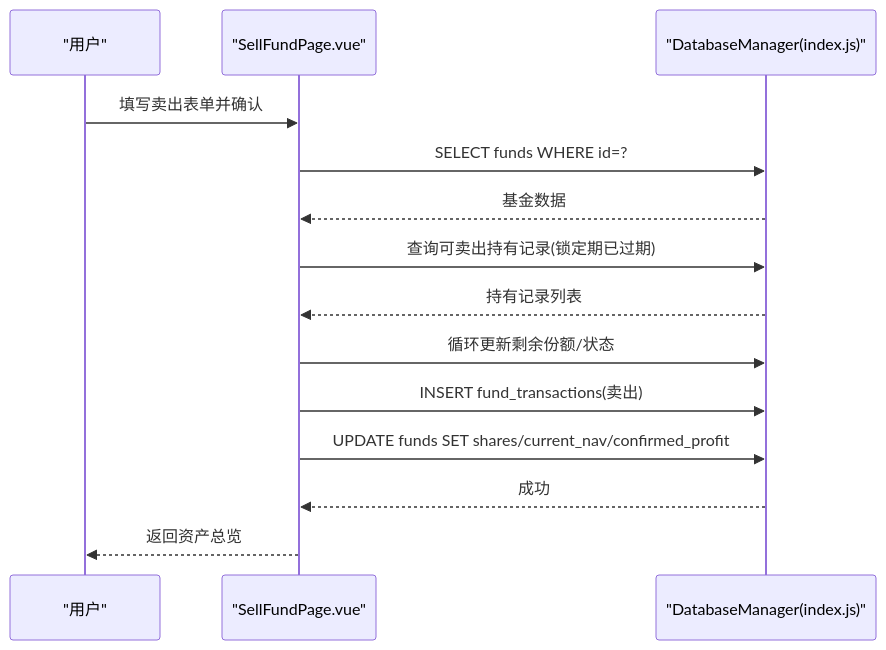
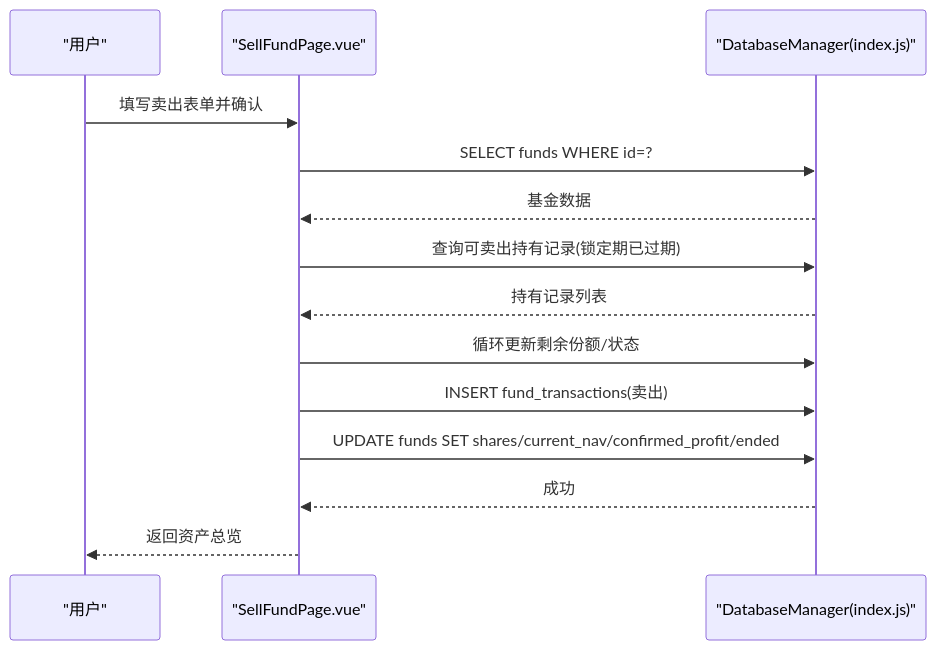
Before and after one commit to xiao-lin-unit/yuan: the ninth of 11 diagrams in .qoder/repowiki/zh/content/资产管理/资产管理.md, drawn with Mermaid. The commit also changed other lines of this file and 10 other files, not shown here.

````diff
--- a/.qoder/repowiki/zh/content/资产管理/资产管理.md
+++ b/.qoder/repowiki/zh/content/资产管理/资产管理.md
@@ -276,16 +273,16 @@
 ```mermaid
 sequenceDiagram
 participant U as "用户"
 participant SFP as "SellFundPage.vue"
 participant DB as "DatabaseManager(index.js)"
 U->>SFP : 填写卖出表单并确认
 SFP->>DB : SELECT funds WHERE id=?
 DB-->>SFP : 基金数据
 SFP->>DB : 查询可卖出持有记录(锁定期已过期)
 DB-->>SFP : 持有记录列表
 SFP->>DB : 循环更新剩余份额/状态
 SFP->>DB : INSERT fund_transactions(卖出)
-SFP->>DB : UPDATE funds SET shares/current_nav/confirmed_profit
+SFP->>DB : UPDATE funds SET shares/current_nav/confirmed_profit/ended
 DB-->>SFP : 成功
 SFP-->>U : 返回资产总览
 ```
````
